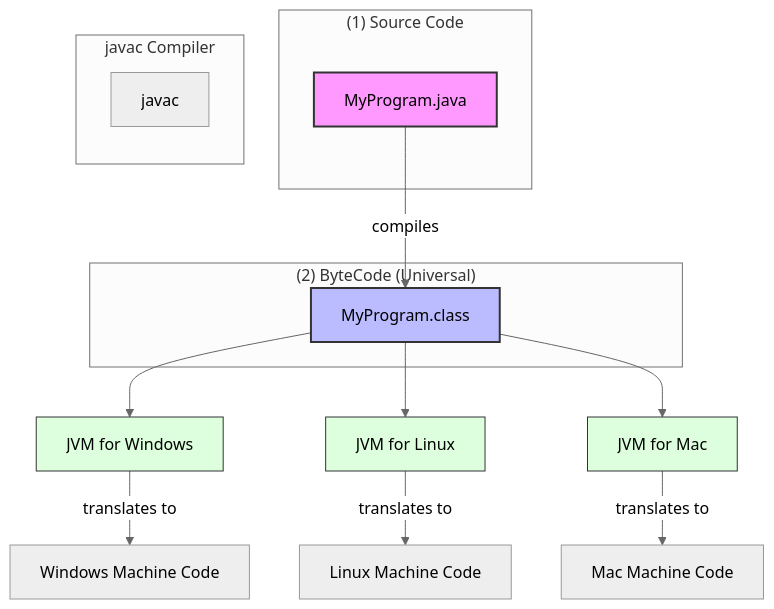
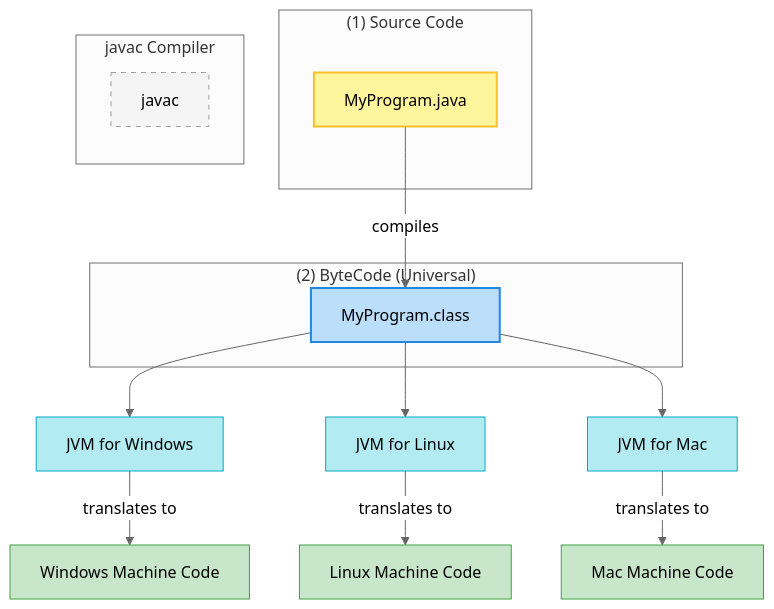
Before and after one commit to shubhamjha-13/Java: the diagram in 01_intro.md, drawn with Mermaid (neutral theme).

````diff
--- a/01_intro.md
+++ b/01_intro.md
@@ -45,31 +45,40 @@
 ```mermaid
 flowchart TD
+    %%--- Define Styles for Better Visibility ---%%
+    %% Source Code: Warm Yellow
+    classDef source fill:#fff59d,stroke:#fbc02d,stroke-width:2px,color:#000;
+    %% Compiler: Neutral Grey with dashed border indicating process
+    classDef compiler fill:#f5f5f5,stroke:#9e9e9e,stroke-width:1px,stroke-dasharray: 5 5;
+    %% Bytecode: Distinct Blue (The crucial middle step)
+    classDef intermediate fill:#bbdefb,stroke:#1e88e5,stroke-width:2px,color:#000;
+    %% JVMs: Cyan/Teal environments
+    classDef environment fill:#b2ebf2,stroke:#00acc1,stroke-width:1px;
+    %% Final Machine Code: Soft Green indicating completion
+    classDef final fill:#c8e6c9,stroke:#43a047,stroke-width:1px;
+
+
+    %%--- Nodes & Subgraphs ---%%
     subgraph Source["(1) Source Code"]
-        A[MyProgram.java]
+        A[MyProgram.java]:::source
     end
 
     subgraph Compiler["javac Compiler"]
         direction TB
-        I[javac]
+        I[javac]:::compiler
     end
 
     subgraph ByteCode["(2) ByteCode (Universal)"]
-        B[MyProgram.class]
+        B[MyProgram.class]:::intermediate
     end
 
+    %%--- Connections ---%%
     A -- "compiles" --> B
 
-    B --> C[JVM for Windows]
-    B --> D[JVM for Linux]
-    B --> E[JVM for Mac]
+    B --> C[JVM for Windows]:::environment
+    B --> D[JVM for Linux]:::environment
+    B --> E[JVM for Mac]:::environment
 
-    C -- "translates to" --> F[Windows Machine Code]
-    D -- "translates to" --> G[Linux Machine Code]
-    E -- "translates to" --> H[Mac Machine Code]
-
-    style A fill:#f9f,stroke:#333,stroke-width:2px
-    style B fill:#bbf,stroke:#333,stroke-width:2px
-    style C fill:#dfd,stroke:#333,stroke-width:1px
-    style D fill:#dfd,stroke:#333,stroke-width:1px
-    style E fill:#dfd,stroke:#333,stroke-width:1px
+    C -- "translates to" --> F[Windows Machine Code]:::final
+    D -- "translates to" --> G[Linux Machine Code]:::final
+    E -- "translates to" --> H[Mac Machine Code]:::final
 ```
````
